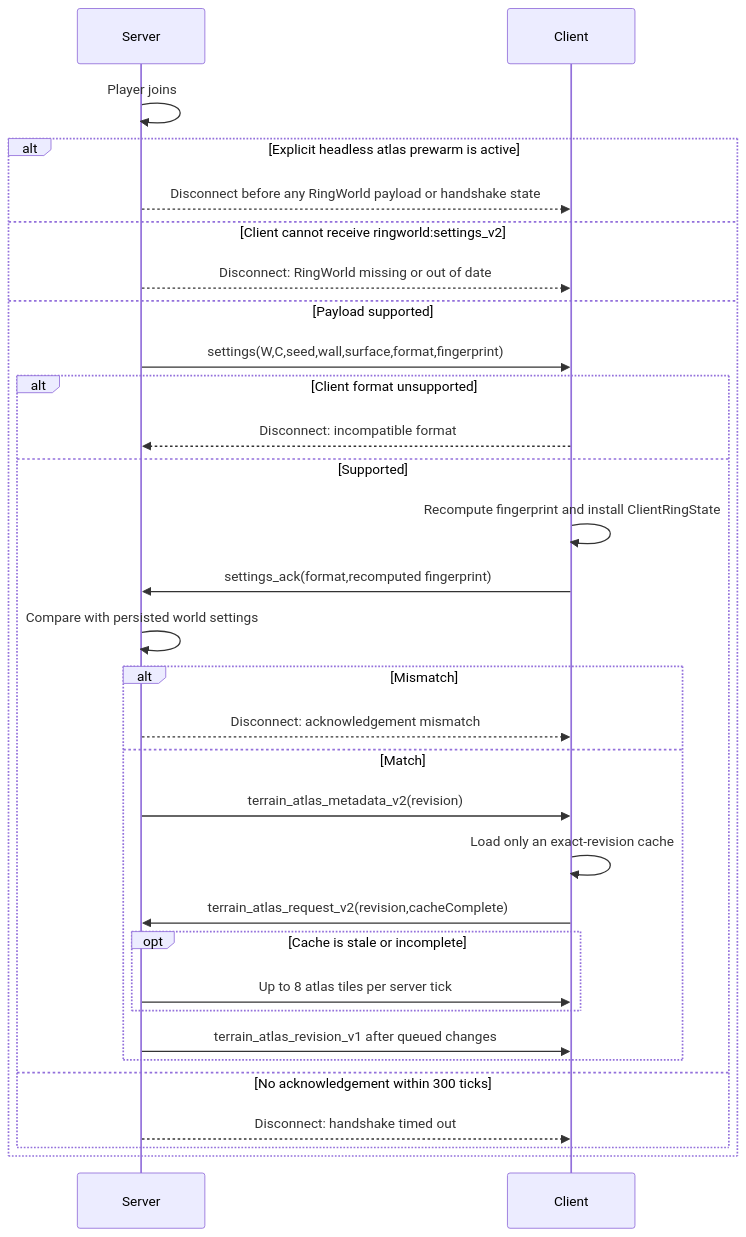
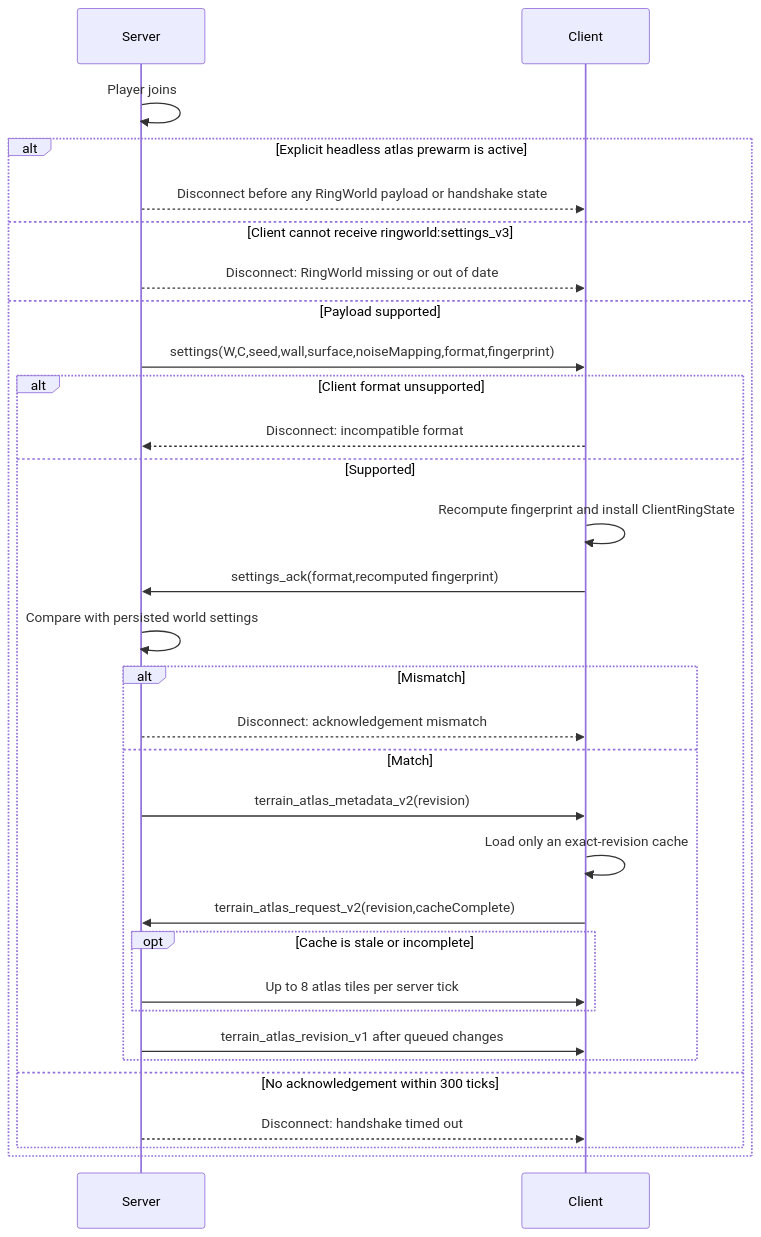
Before and after one commit to Delaser/RingWorld: the diagram in docs/NETWORK_PROTOCOL.md, drawn with Mermaid. The commit also changed other lines of this file and 44 other files, not shown here.

Commit message:
Fix annular terrain noise mapping

````diff
--- a/docs/NETWORK_PROTOCOL.md
+++ b/docs/NETWORK_PROTOCOL.md
@@ -44,33 +44,33 @@
 ```mermaid
 sequenceDiagram
     participant S as Server
     participant C as Client
     S->>S: Player joins
     alt Explicit headless atlas prewarm is active
         S-->>C: Disconnect before any RingWorld payload or handshake state
-    else Client cannot receive ringworld:settings_v2
+    else Client cannot receive ringworld:settings_v3
         S-->>C: Disconnect: RingWorld missing or out of date
     else Payload supported
-        S->>C: settings(W,C,seed,wall,surface,format,fingerprint)
+        S->>C: settings(W,C,seed,wall,surface,noiseMapping,format,fingerprint)
         alt Client format unsupported
             C-->>S: Disconnect: incompatible format
         else Supported
             C->>C: Recompute fingerprint and install ClientRingState
             C->>S: settings_ack(format,recomputed fingerprint)
             S->>S: Compare with persisted world settings
             alt Mismatch
                 S-->>C: Disconnect: acknowledgement mismatch
             else Match
                 S->>C: terrain_atlas_metadata_v2(revision)
                 C->>C: Load only an exact-revision cache
                 C->>S: terrain_atlas_request_v2(revision,cacheComplete)
                 opt Cache is stale or incomplete
                     S->>C: Up to 8 atlas tiles per server tick
                 end
                 S->>C: terrain_atlas_revision_v1 after queued changes
             end
         else No acknowledgement within 300 ticks
             S-->>C: Disconnect: handshake timed out
         end
     end
 ```
````
